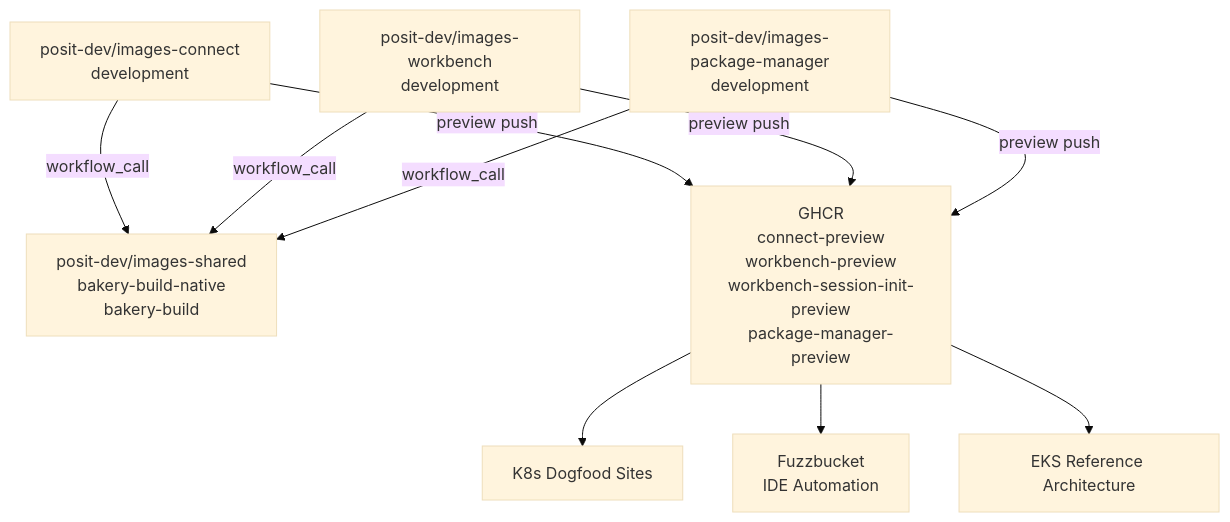
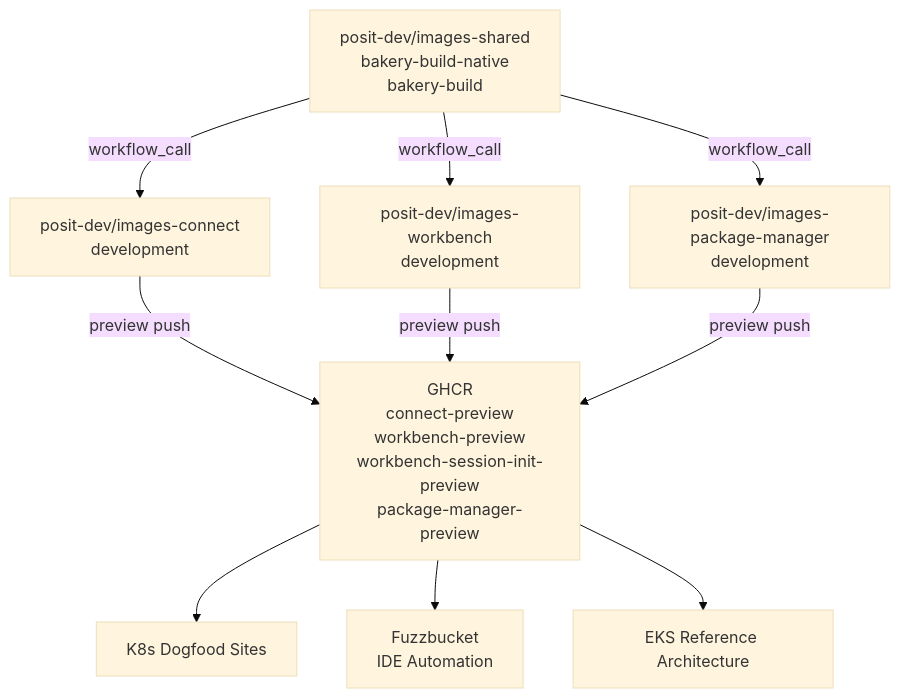
The third of 3 diagrams in docs/cross-repo-dag.md (posit-dev/images-shared), drawn with Mermaid (base theme) before and after one commit. The commit also changed other lines of this file, not shown here.

Commit message:
Place images-shared above image repos in DAG
Reusable workflow arrows now flow top-down from images-shared into
the image repos, matching the visual convention for workflow_call.

````diff
--- a/docs/cross-repo-dag.md
+++ b/docs/cross-repo-dag.md
@@ -102,26 +102,26 @@
 ```mermaid
 graph TD
+    SHARED["posit-dev/images-shared<br/>bakery-build-native<br/>bakery-build"]
+
+    SHARED -->|workflow_call| IMG_CONNECT
+    SHARED -->|workflow_call| IMG_WORKBENCH
+    SHARED -->|workflow_call| IMG_PM
+
     IMG_CONNECT["posit-dev/images-connect<br/>development"]
     IMG_WORKBENCH["posit-dev/images-workbench<br/>development"]
     IMG_PM["posit-dev/images-package-manager<br/>development"]
-
-    IMG_CONNECT -->|workflow_call| SHARED
-    IMG_WORKBENCH -->|workflow_call| SHARED
-    IMG_PM -->|workflow_call| SHARED
-
-    SHARED["posit-dev/images-shared<br/>bakery-build-native<br/>bakery-build"]
 
     IMG_CONNECT -->|preview push| GHCR
     IMG_WORKBENCH -->|preview push| GHCR
     IMG_PM -->|preview push| GHCR
 
     GHCR["GHCR<br/>connect-preview<br/>workbench-preview<br/>workbench-session-init-preview<br/>package-manager-preview"]
 
     GHCR --> K8S
     GHCR --> FUZZBUCKET
     GHCR --> EKS_REF
 
     K8S["K8s Dogfood Sites"]
     FUZZBUCKET["Fuzzbucket<br/>IDE Automation"]
     EKS_REF["EKS Reference Architecture"]
 ```
````
